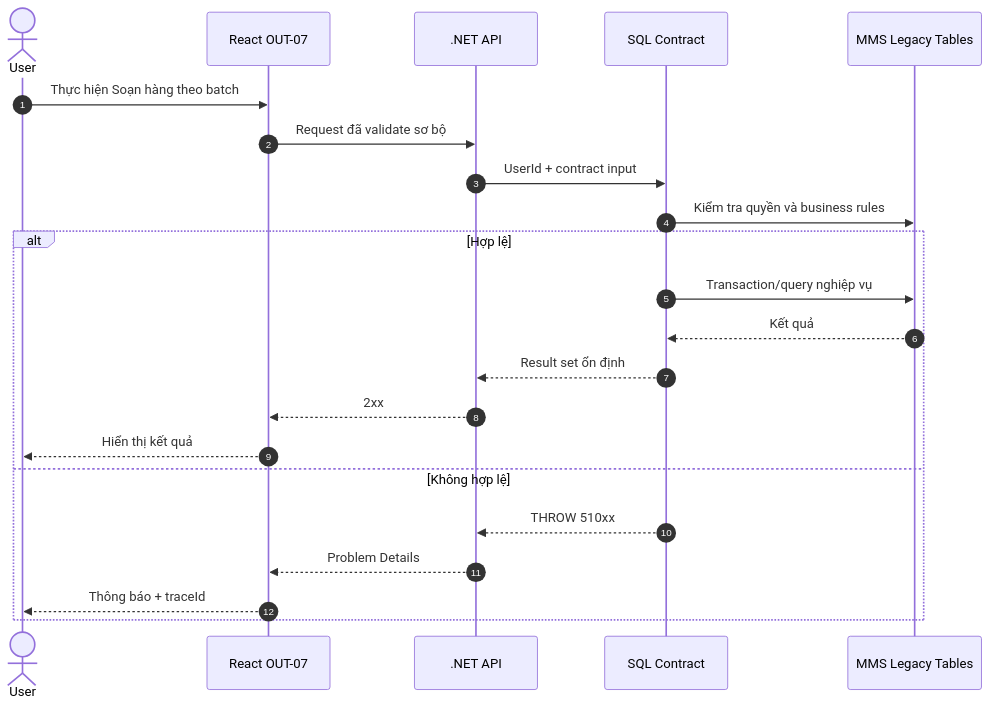
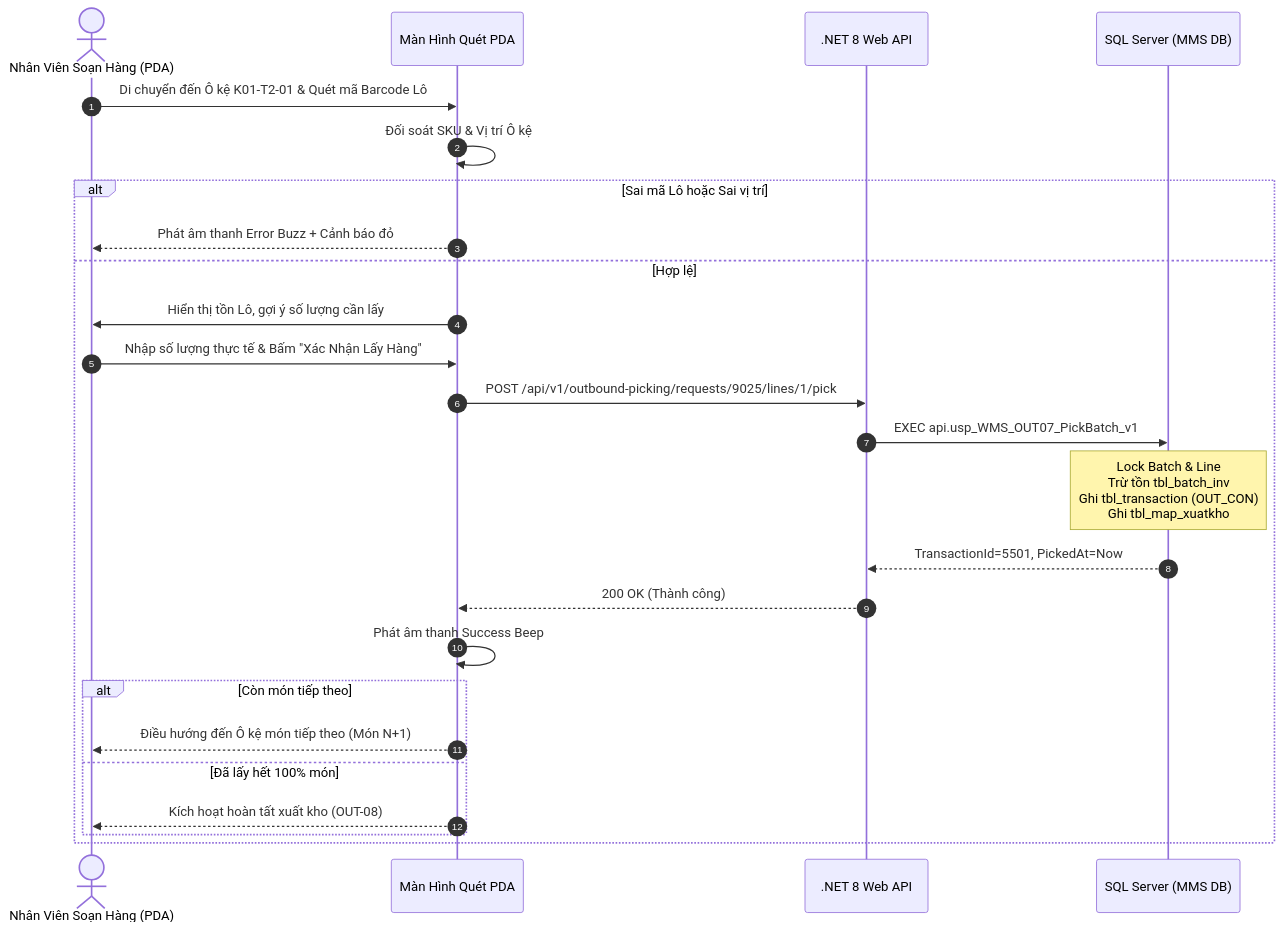
Before and after one commit to Sohoa-KNSG/mms: the diagram in docs/03-use-cases/UC-22_OUT-07.md, drawn with Mermaid. The commit also changed other lines of this file and 43 other files, not shown here.

````diff
--- a/docs/03-use-cases/UC-22_OUT-07.md
+++ b/docs/03-use-cases/UC-22_OUT-07.md
@@ -214,24 +238,28 @@
-~~~mermaid
+```mermaid
 sequenceDiagram
     autonumber
-    actor User
-    participant UI as React OUT-07
-    participant API as .NET API
-    participant SP as SQL Contract
-    participant DB as MMS Legacy Tables
-    User->>UI: Thực hiện Soạn hàng theo batch
-    UI->>API: Request đã validate sơ bộ
-    API->>SP: UserId + contract input
-    SP->>DB: Kiểm tra quyền và business rules
-    alt Hợp lệ
-        SP->>DB: Transaction/query nghiệp vụ
-        DB-->>SP: Kết quả
-        SP-->>API: Result set ổn định
-        API-->>UI: 2xx
-        UI-->>User: Hiển thị kết quả
-    else Không hợp lệ
-        SP-->>API: THROW 510xx
-        API-->>UI: Problem Details
-        UI-->>User: Thông báo + traceId
+    actor Picker as Nhân Viên Soạn Hàng (PDA)
+    participant PDA as Màn Hình Quét PDA
+    participant API as .NET 8 Web API
+    participant DB as SQL Server (MMS DB)
+
+    Picker->>PDA: Di chuyển đến Ô kệ K01-T2-01 & Quét mã Barcode Lô
+    PDA->>PDA: Đối soát SKU & Vị trí Ô kệ
+    alt Sai mã Lô hoặc Sai vị trí
+        PDA-->>Picker: Phát âm thanh Error Buzz + Cảnh báo đỏ
+    else Hợp lệ
+        PDA->>Picker: Hiển thị tồn Lô, gợi ý số lượng cần lấy
+        Picker->>PDA: Nhập số lượng thực tế & Bấm "Xác Nhận Lấy Hàng"
+        PDA->>API: POST /api/v1/outbound-picking/requests/9025/lines/1/pick
+        API->>DB: EXEC api.usp_WMS_OUT07_PickBatch_v1
+        Note over DB: Lock Batch & Line<br/>Trừ tồn tbl_batch_inv<br/>Ghi tbl_transaction (OUT_CON)<br/>Ghi tbl_map_xuatkho
+        DB-->>API: TransactionId=5501, PickedAt=Now
+        API-->>PDA: 200 OK (Thành công)
+        PDA->>PDA: Phát âm thanh Success Beep
+        alt Còn món tiếp theo
+            PDA-->>Picker: Điều hướng đến Ô kệ món tiếp theo (Món N+1)
+        else Đã lấy hết 100% món
+            PDA-->>Picker: Kích hoạt hoàn tất xuất kho (OUT-08)
+        end
     end
-~~~
+```
````
